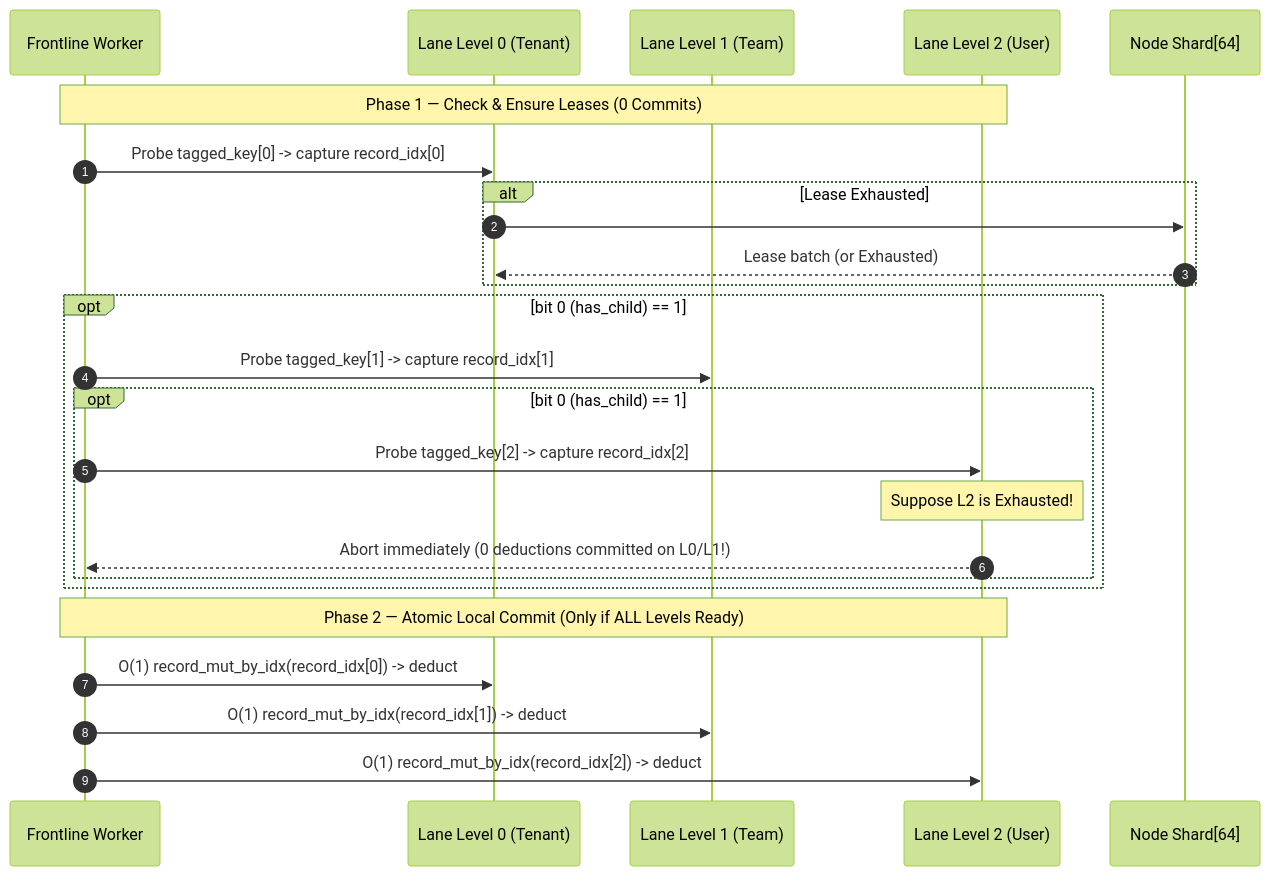
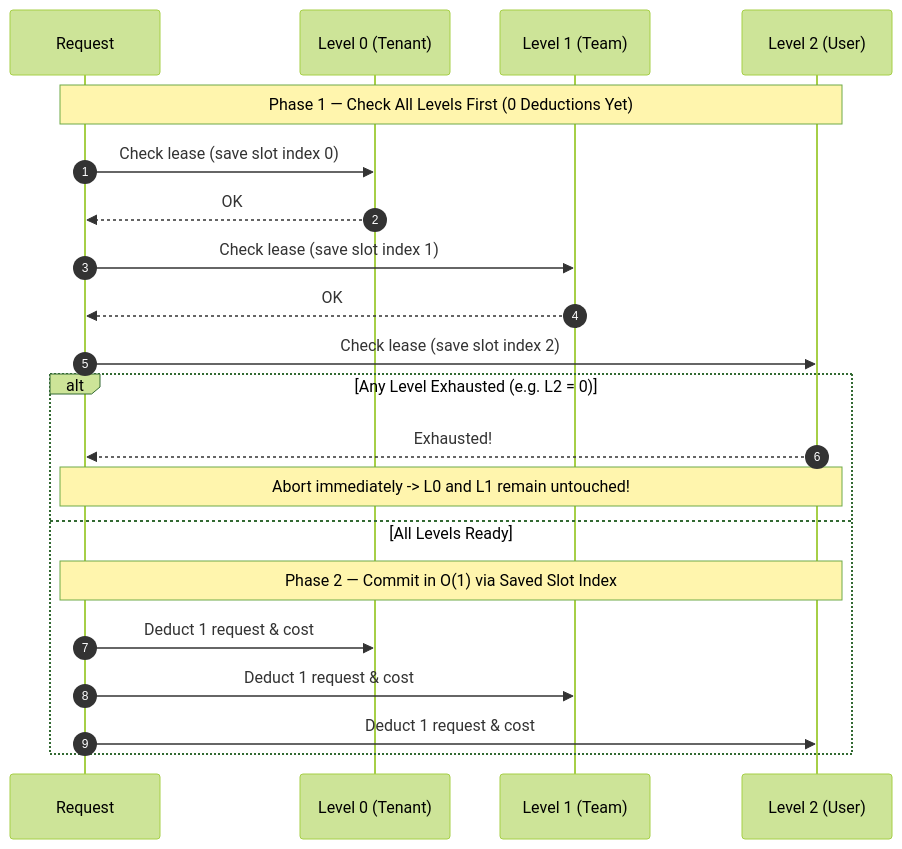
One commit to phucle996/velda-edge changed the second of 3 diagrams in crates/velda-plugin/src/pre_upstream/api_metering/ARCHITECTURE.md. Above: the diagram before and after it, drawn with Mermaid (forest theme). The commit also changed other lines of this file and 2 other files, not shown here.

````diff
--- a/crates/velda-plugin/src/pre_upstream/api_metering/ARCHITECTURE.md
+++ b/crates/velda-plugin/src/pre_upstream/api_metering/ARCHITECTURE.md
@@ -68,30 +52,25 @@
 ```mermaid
 sequenceDiagram
     autonumber
-    participant Req as Frontline Worker
-    participant L0 as Lane Level 0 (Tenant)
-    participant L1 as Lane Level 1 (Team)
-    participant L2 as Lane Level 2 (User)
-    participant Node as Node Shard[64]
+    participant Req as Request
+    participant L0 as Level 0 (Tenant)
+    participant L1 as Level 1 (Team)
+    participant L2 as Level 2 (User)
 
-    Note over Req,L2: Phase 1 — Check & Ensure Leases (0 Commits)
-    Req->>L0: Probe tagged_key[0] -> capture record_idx[0]
-    alt Lease Exhausted
-        L0->>Node: #[cold] refill_from_node_shard()
-        Node-->>L0: Lease batch (or Exhausted)
+    Note over Req,L2: Phase 1 — Check All Levels First (0 Deductions Yet)
+    Req->>L0: Check lease (save slot index 0)
+    L0-->>Req: OK
+    Req->>L1: Check lease (save slot index 1)
+    L1-->>Req: OK
+    Req->>L2: Check lease (save slot index 2)
+
+    alt Any Level Exhausted (e.g. L2 = 0)
+        L2-->>Req: Exhausted!
+        Note over Req,L2: Abort immediately -> L0 and L1 remain untouched!
+    else All Levels Ready
+        Note over Req,L2: Phase 2 — Commit in O(1) via Saved Slot Index
+        Req->>L0: Deduct 1 request & cost
+        Req->>L1: Deduct 1 request & cost
+        Req->>L2: Deduct 1 request & cost
     end
-
-    opt bit 0 (has_child) == 1
-        Req->>L1: Probe tagged_key[1] -> capture record_idx[1]
-        opt bit 0 (has_child) == 1
-            Req->>L2: Probe tagged_key[2] -> capture record_idx[2]
-            Note over L2: Suppose L2 is Exhausted!
-            L2-->>Req: Abort immediately (0 deductions committed on L0/L1!)
-        end
-    end
-
-    Note over Req,L2: Phase 2 — Atomic Local Commit (Only if ALL Levels Ready)
-    Req->>L0: O(1) record_mut_by_idx(record_idx[0]) -> deduct
-    Req->>L1: O(1) record_mut_by_idx(record_idx[1]) -> deduct
-    Req->>L2: O(1) record_mut_by_idx(record_idx[2]) -> deduct
 ```
````
